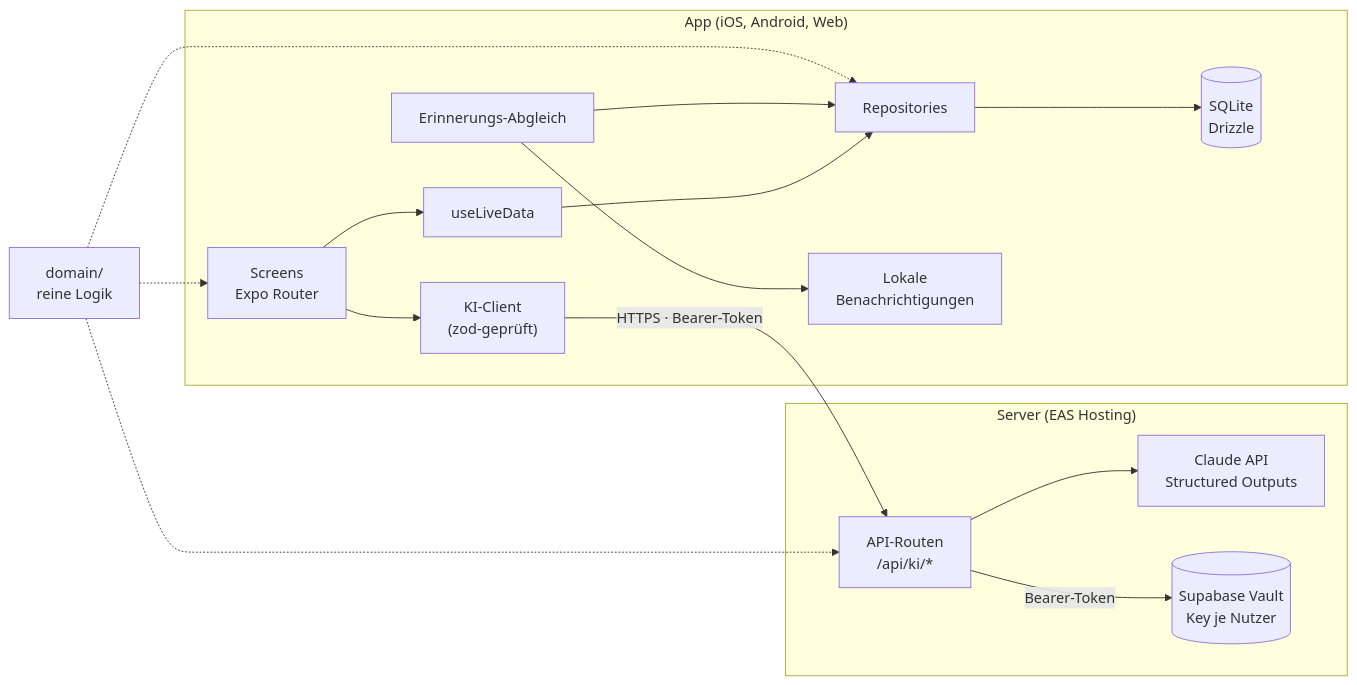
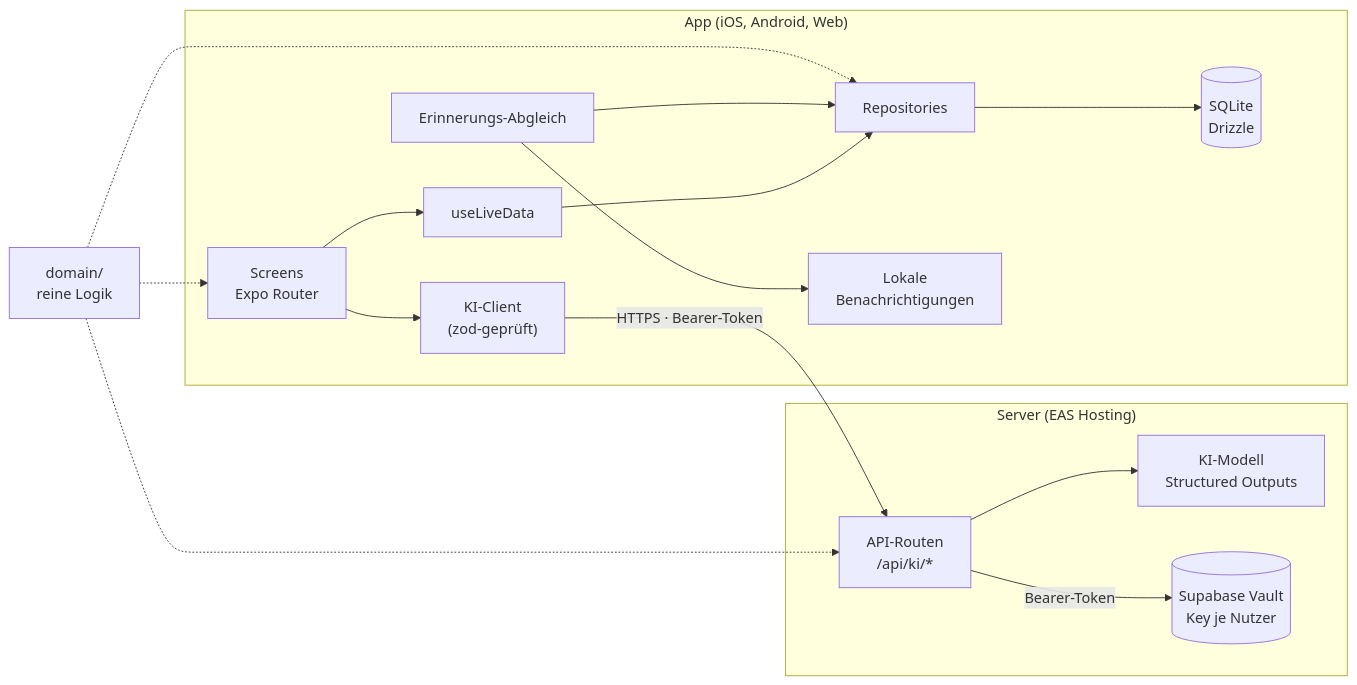
One commit to jobpilot-org/mobile changed the diagram in README.md. Above: the diagram before and after it, drawn with Mermaid. The commit also changed other lines of this file and 25 other files, not shown here.

````diff
--- a/README.md
+++ b/README.md
@@ -31,19 +31,19 @@
 ```mermaid
 flowchart LR
   subgraph App["App (iOS, Android, Web)"]
     UI["Screens<br/>Expo Router"] --> Hooks["useLiveData"]
     Hooks --> Repo["Repositories"]
     Repo --> DB[("SQLite<br/>Drizzle")]
     Sync["Erinnerungs-Abgleich"] --> Repo
     Sync --> Notif["Lokale<br/>Benachrichtigungen"]
     UI --> AiClient["KI-Client<br/>(zod-geprüft)"]
   end
   subgraph Server["Server (EAS Hosting)"]
-    Routes["API-Routen<br/>/api/ki/*"] --> Claude["Claude API<br/>Structured Outputs"]
+    Routes["API-Routen<br/>/api/ki/*"] --> Model["KI-Modell<br/>Structured Outputs"]
     Routes -- "Bearer-Token" --> Vault[("Supabase Vault<br/>Key je Nutzer")]
   end
   AiClient -- "HTTPS · Bearer-Token" --> Routes
   Domain["domain/<br/>reine Logik"] -.-> UI
   Domain -.-> Repo
   Domain -.-> Routes
 ```
````
